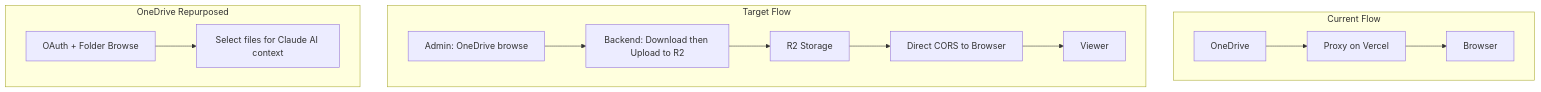
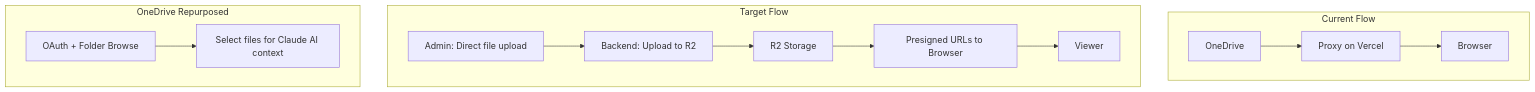
One commit to visit-www/FRCR-REVISION changed the diagram in docs/plans/R2_MIGRATION_AND_VIEWER_UPGRADE_PLAN.md. Above: the diagram before and after it, drawn with Mermaid. The commit also changed other lines of this file and 24 other files, not shown here.

First line of the commit message:
Phase 2 continued: R2 admin upload, model updates, viewer enhancements

````diff
--- a/docs/plans/R2_MIGRATION_AND_VIEWER_UPGRADE_PLAN.md
+++ b/docs/plans/R2_MIGRATION_AND_VIEWER_UPGRADE_PLAN.md
@@ -56,16 +62,16 @@
 ```mermaid
 flowchart TB
     subgraph Current [Current Flow]
         C1[OneDrive] --> C2[Proxy on Vercel]
         C2 --> C3[Browser]
     end
     subgraph Target [Target Flow]
-        T1[Admin: OneDrive browse] --> T2[Backend: Download then Upload to R2]
+        T1[Admin: Direct file upload] --> T2[Backend: Upload to R2]
         T2 --> T3[R2 Storage]
-        T3 --> T4[Direct CORS to Browser]
+        T3 --> T4[Presigned URLs to Browser]
         T4 --> T5[Viewer]
     end
     subgraph OneDriveFuture [OneDrive Repurposed]
         OD1[OAuth + Folder Browse] --> OD2[Select files for Claude AI context]
     end
 ```
````
